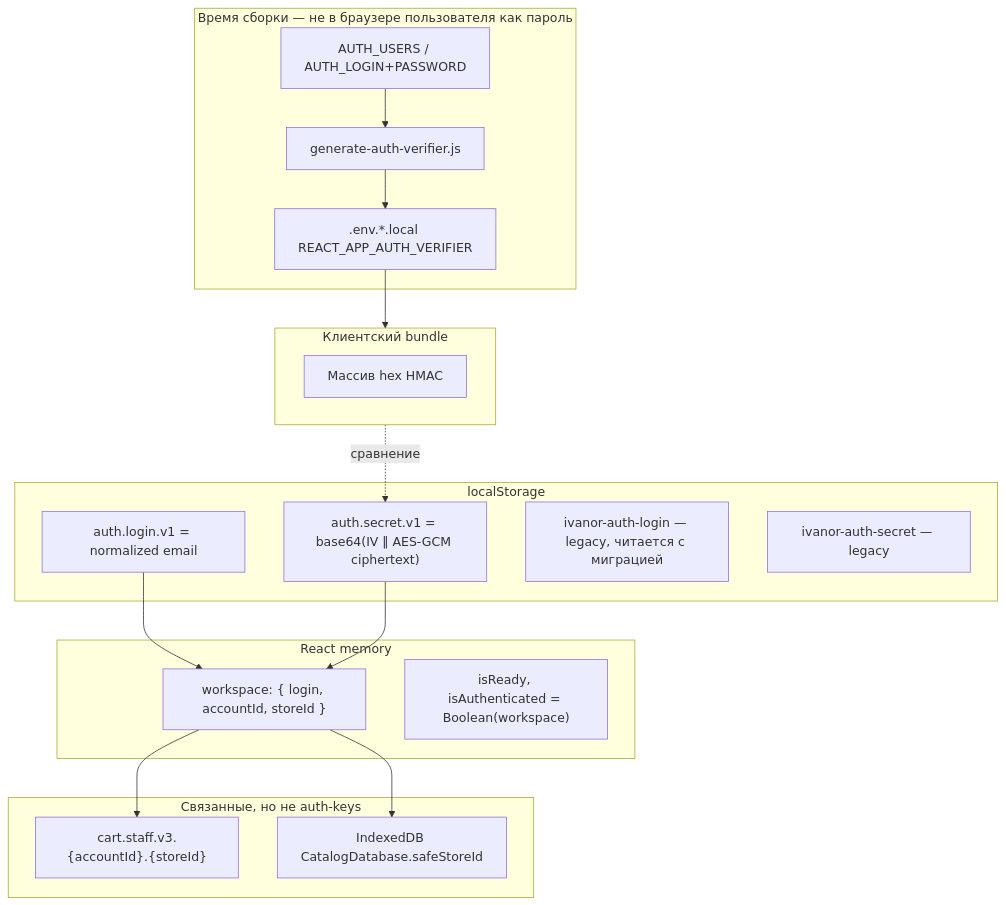
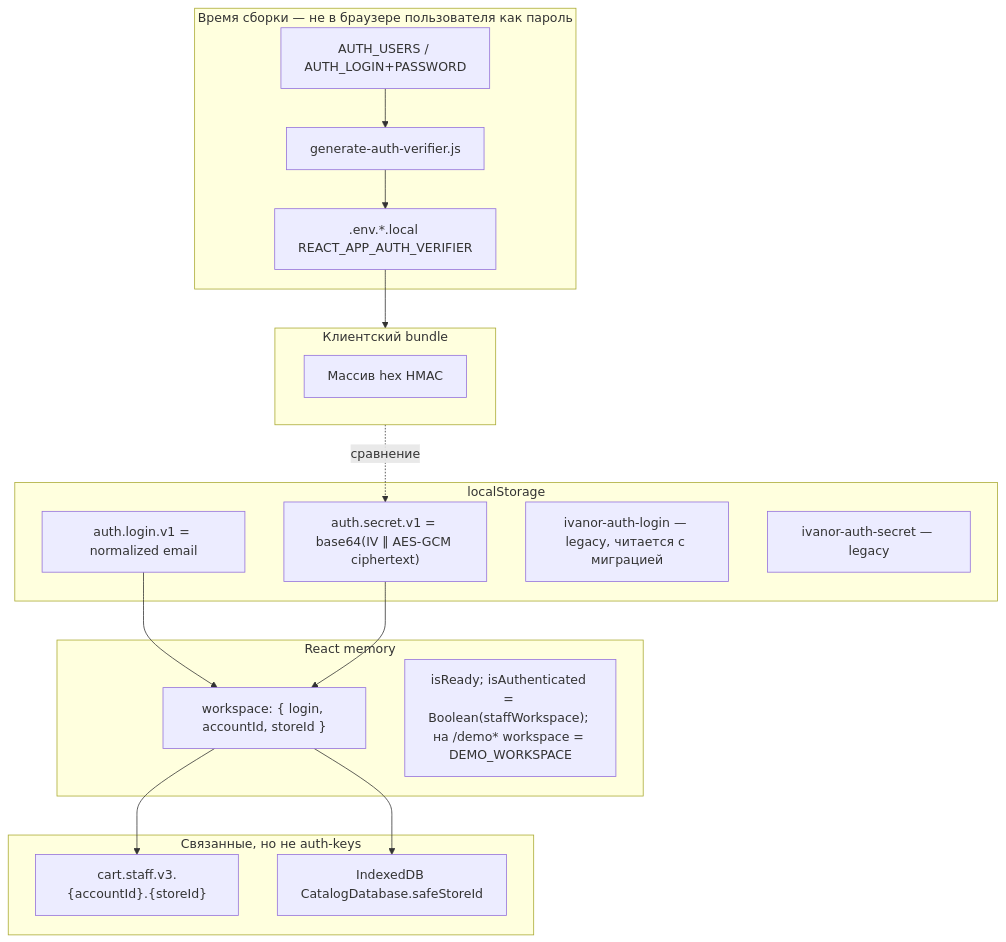
The fourth of 4 diagrams in docs/04-auth/client-auth-model.md (iscander-b10/tyres_discs), drawn with Mermaid before and after one commit. The commit also changed other lines of this file and 70 other files, not shown here.

````diff
--- a/docs/04-auth/client-auth-model.md
+++ b/docs/04-auth/client-auth-model.md
@@ -282,37 +282,37 @@
 ```mermaid
 flowchart TB
   subgraph BuildTime[Время сборки — не в браузере пользователя как пароль]
     AU[AUTH_USERS / AUTH_LOGIN+PASSWORD]
     GEN[generate-auth-verifier.js]
     VFILE[".env.*.local REACT_APP_AUTH_VERIFIER"]
     AU --> GEN --> VFILE
   end
 
   subgraph Bundle[Клиентский bundle]
     VLIST[Массив hex HMAC]
   end
 
   subgraph LS[localStorage]
     L1["auth.login.v1 = normalized email"]
     L2["auth.secret.v1 = base64(IV ‖ AES-GCM ciphertext)"]
     Legacy1["ivanor-auth-login — legacy, читается с миграцией"]
     Legacy2["ivanor-auth-secret — legacy"]
   end
 
   subgraph ReactMem[React memory]
     W["workspace: { login, accountId, storeId }"]
-    Flags["isReady, isAuthenticated = Boolean(workspace)"]
+    Flags["isReady; isAuthenticated = Boolean(staffWorkspace); на /demo* workspace = DEMO_WORKSPACE"]
   end
 
   subgraph Related[Связанные, но не auth-keys]
     Cart["cart.staff.v3.{accountId}.{storeId}"]
     IDB["IndexedDB CatalogDatabase.safeStoreId"]
   end
 
   VFILE --> Bundle
   Bundle -. сравнение .-> L2
   L1 --> W
   L2 --> W
   W --> Cart
   W --> IDB
 ```
````
